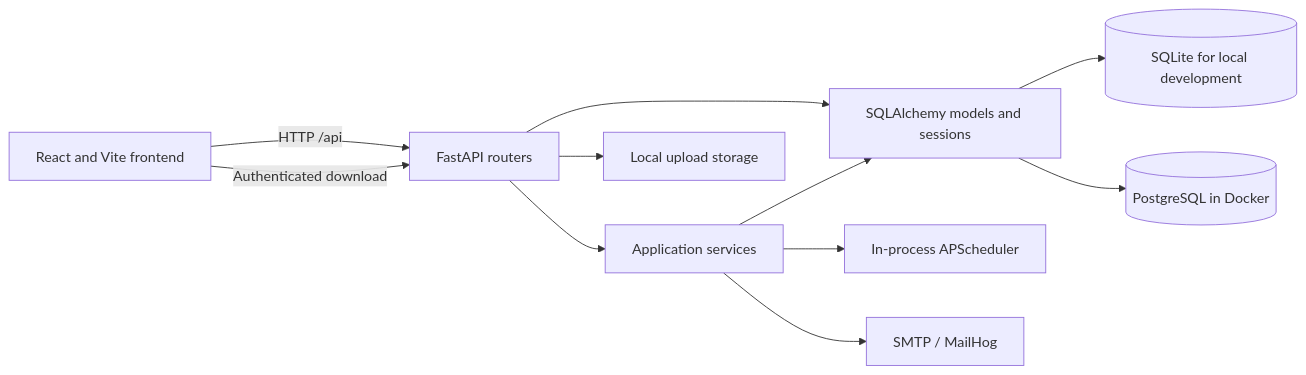
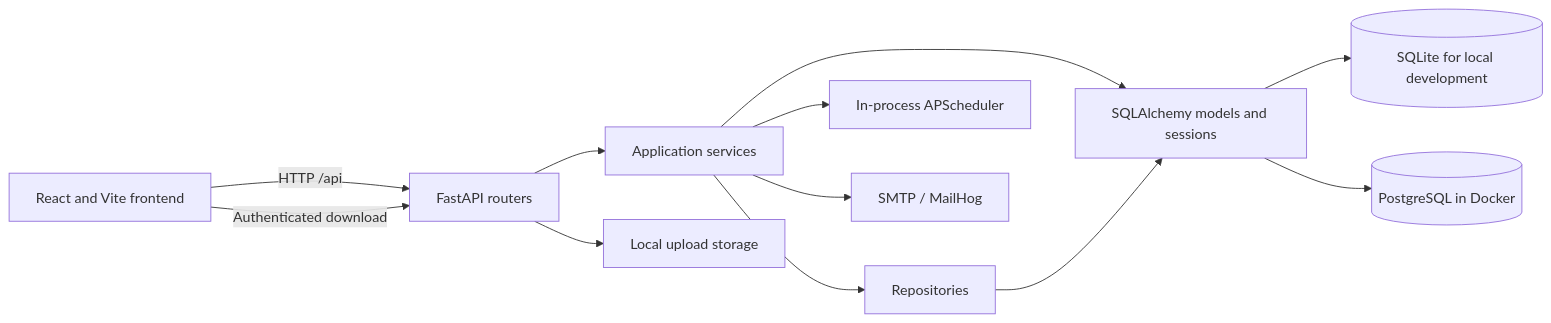
One commit to raaj7000prajapati-crypto/Drishti changed the first of 2 diagrams in README.md. Above: the diagram before and after it, drawn with Mermaid. The commit also changed other lines of this file and 12 other files, not shown here.

````diff
--- a/README.md
+++ b/README.md
@@ -12,13 +12,14 @@
 ```mermaid
 flowchart LR
     Browser[React and Vite frontend] -->|HTTP /api| API[FastAPI routers]
     API --> Services[Application services]
-    API --> ORM[SQLAlchemy models and sessions]
-    Services --> ORM
+    Services --> Repositories[Repositories]
+    Services --> ORM[SQLAlchemy models and sessions]
+    Repositories --> ORM
     ORM --> DB[(SQLite for local development)]
     ORM --> PG[(PostgreSQL in Docker)]
     Services --> Scheduler[In-process APScheduler]
     Services --> SMTP[SMTP / MailHog]
     API --> Storage[Local upload storage]
     Browser -->|Authenticated download| API
 ```
````
